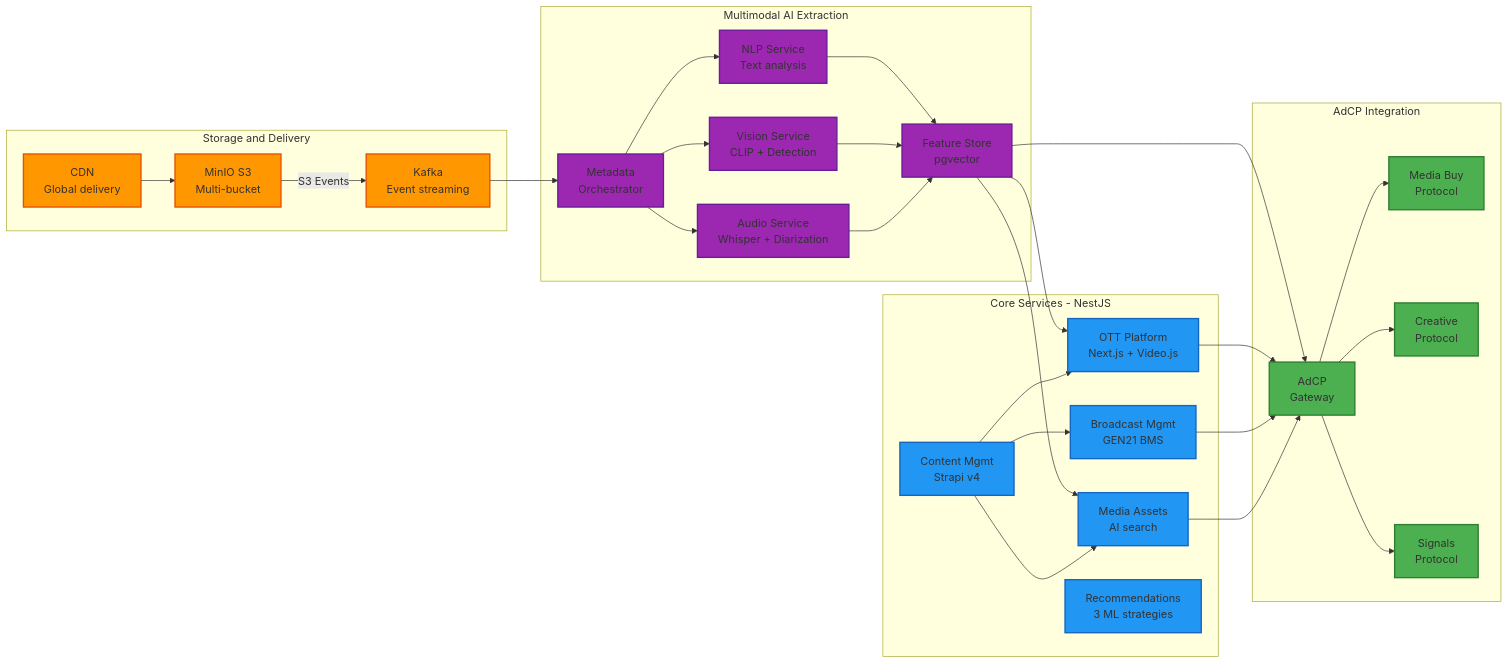
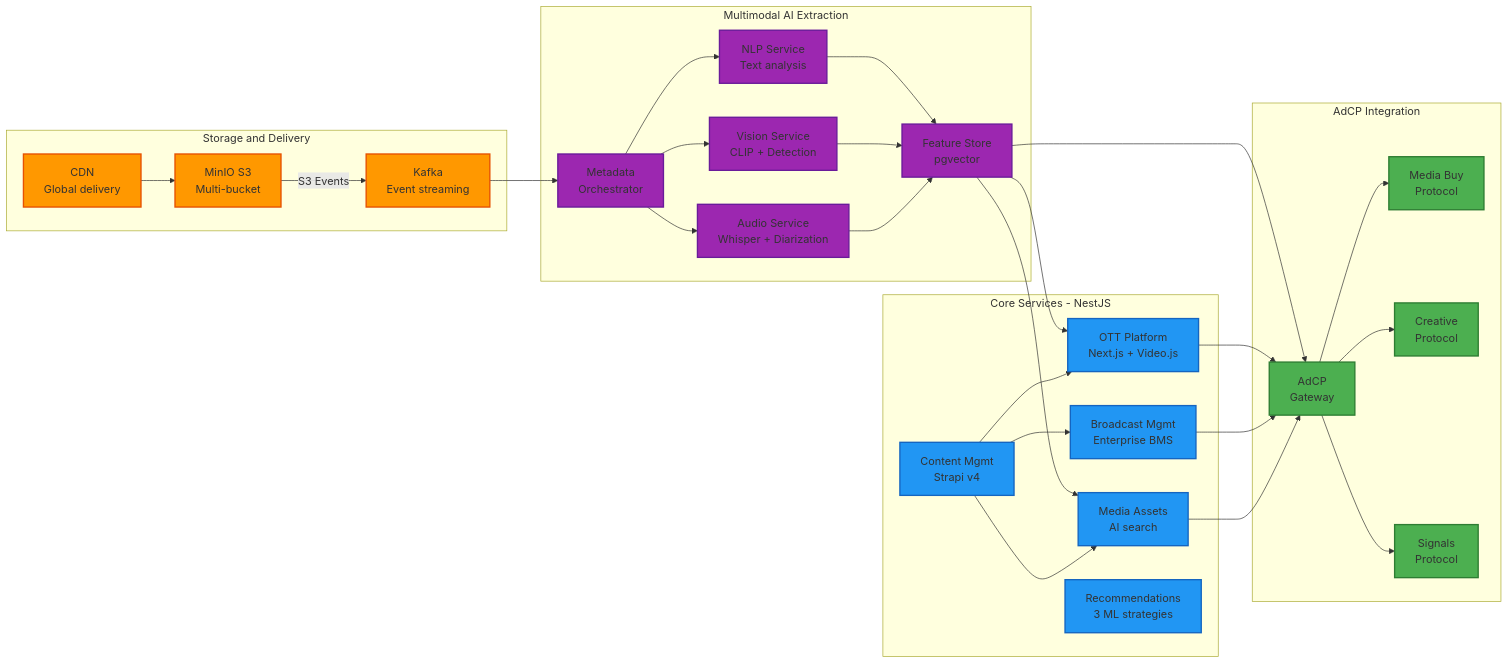
One commit to robiriu/robiriu.github.io changed the first of 4 diagrams in docs/index.md. Above: the diagram before and after it, drawn with Mermaid. The commit also changed other lines of this file and 1 other file, not shown here.

````diff
--- a/docs/index.md
+++ b/docs/index.md
@@ -41,67 +37,67 @@
 ```mermaid
 graph LR
     subgraph Storage["Storage and Delivery"]
         MinIO["MinIO S3<br/>Multi-bucket"]
         CDN["CDN<br/>Global delivery"]
         Kafka["Kafka<br/>Event streaming"]
     end
 
     subgraph AI["Multimodal AI Extraction"]
         MetaOrch["Metadata<br/>Orchestrator"]
         NLPSvc["NLP Service<br/>Text analysis"]
         VisionSvc["Vision Service<br/>CLIP + Detection"]
         AudioSvc["Audio Service<br/>Whisper + Diarization"]
         FeatureStore["Feature Store<br/>pgvector"]
     end
 
     subgraph Core["Core Services - NestJS"]
         OTT["OTT Platform<br/>Next.js + Video.js"]
-        BMS["Broadcast Mgmt<br/>GEN21 BMS"]
+        BMS["Broadcast Mgmt<br/>Enterprise BMS"]
         CMS["Content Mgmt<br/>Strapi v4"]
         MAM["Media Assets<br/>AI search"]
         Recommendation["Recommendations<br/>3 ML strategies"]
     end
 
     subgraph AdCP["AdCP Integration"]
         Gateway["AdCP<br/>Gateway"]
         MediaBuy["Media Buy<br/>Protocol"]
         Creative["Creative<br/>Protocol"]
         Signals["Signals<br/>Protocol"]
     end
 
     CDN --> MinIO
     MinIO -->|S3 Events| Kafka
     Kafka --> MetaOrch
     MetaOrch --> NLPSvc
     MetaOrch --> VisionSvc
     MetaOrch --> AudioSvc
     NLPSvc --> FeatureStore
     VisionSvc --> FeatureStore
     AudioSvc --> FeatureStore
 
     FeatureStore --> OTT
     FeatureStore --> MAM
     FeatureStore --> Gateway
 
     CMS --> OTT
     CMS --> BMS
     CMS --> MAM
 
     OTT --> Gateway
     BMS --> Gateway
     MAM --> Gateway
 
     Gateway --> MediaBuy
     Gateway --> Creative
     Gateway --> Signals
 
     classDef infraStyle fill:#FF9800,stroke:#E65100,stroke-width:2px
     classDef aiStyle fill:#9C27B0,stroke:#6A1B9A,stroke-width:2px
     classDef coreStyle fill:#2196F3,stroke:#1565C0,stroke-width:2px
     classDef adcpStyle fill:#4CAF50,stroke:#2E7D32,stroke-width:2px
 
     class MinIO,CDN,Kafka infraStyle
     class MetaOrch,NLPSvc,VisionSvc,AudioSvc,FeatureStore aiStyle
     class OTT,BMS,CMS,MAM,Recommendation coreStyle
     class Gateway,MediaBuy,Creative,Signals adcpStyle
 ```
````
